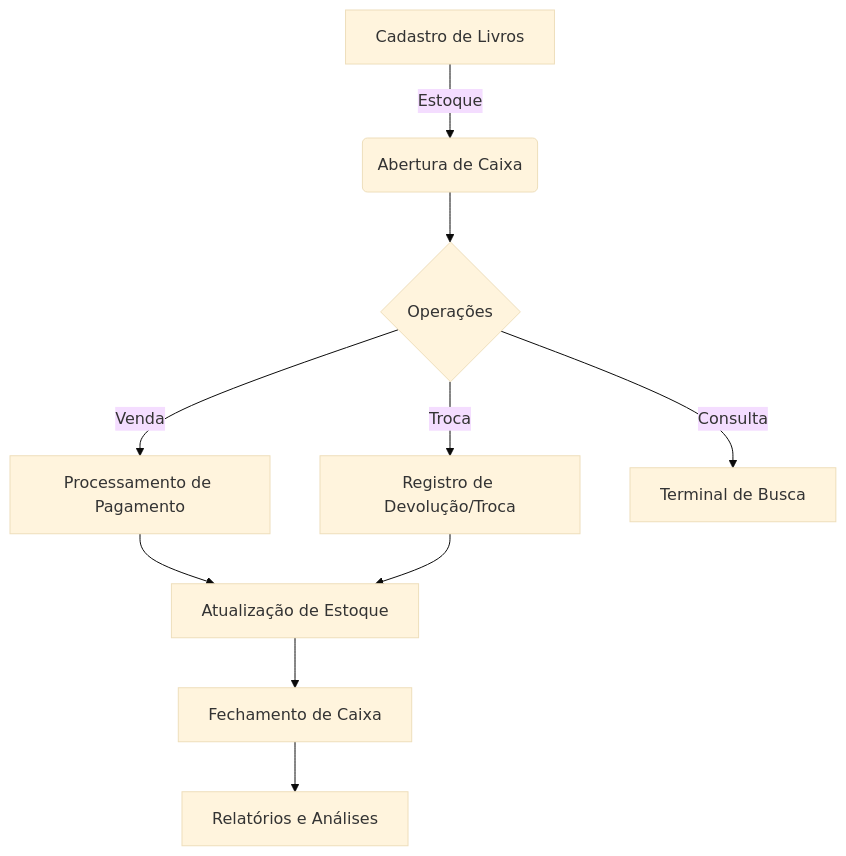
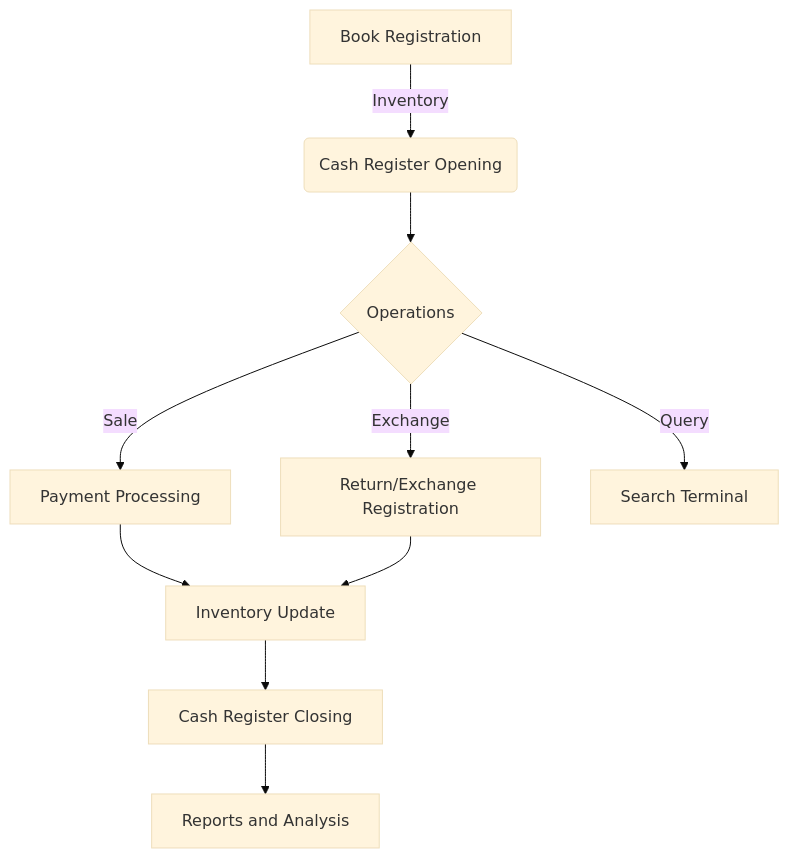
One commit to danielmoura99/book-fair changed the diagram in README.md. Above: the diagram before and after it, drawn with Mermaid (base theme). The commit also changed other lines of this file, not shown here.

````diff
--- a/README.md
+++ b/README.md
@@ -37,12 +37,12 @@
 ```mermaid
 graph TD
-    A[Cadastro de Livros] -->|Estoque| B(Abertura de Caixa)
-    B --> C{Operações}
-    C -->|Venda| D[Processamento de Pagamento]
-    C -->|Troca| E[Registro de Devolução/Troca]
-    C -->|Consulta| F[Terminal de Busca]
-    D --> G[Atualização de Estoque]
+    A[Book Registration] -->|Inventory| B(Cash Register Opening)
+    B --> C{Operations}
+    C -->|Sale| D[Payment Processing]
+    C -->|Exchange| E[Return/Exchange Registration]
+    C -->|Query| F[Search Terminal]
+    D --> G[Inventory Update]
     E --> G
-    G --> H[Fechamento de Caixa]
-    H --> I[Relatórios e Análises]
+    G --> H[Cash Register Closing]
+    H --> I[Reports and Analysis]
 ```
````
